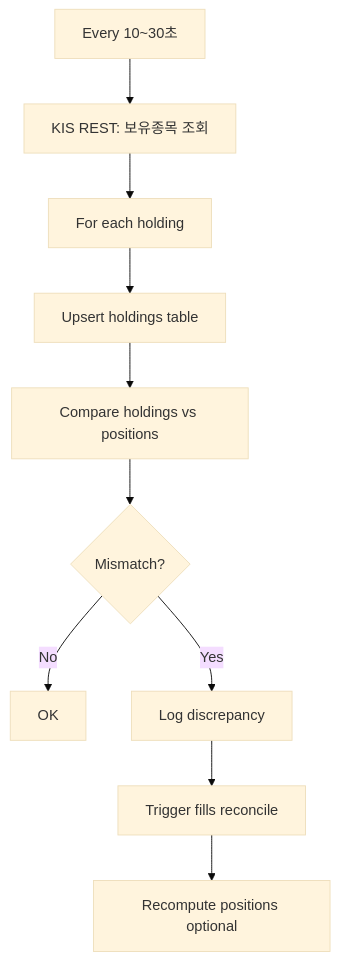
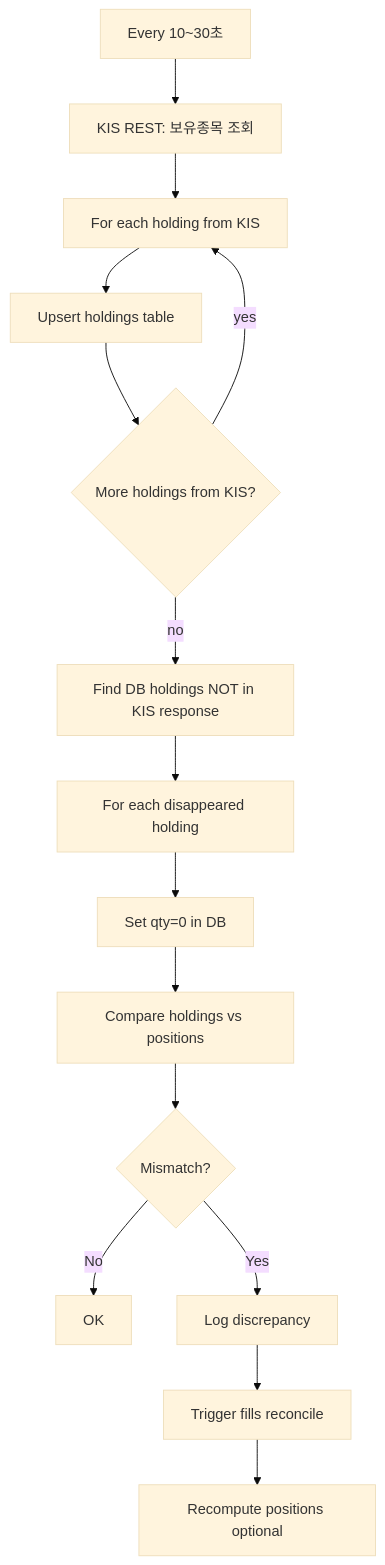
The eighth of 10 diagrams in docs/modules/execution-service.md (joungwonlim/aegis-v14), drawn with Mermaid (base theme) before and after one commit. The commit also changed other lines of this file and 2 other files, not shown here.

First line of the commit message:
fix(execution): Holdings sync - 매도 완료 종목 DB 정리 버그 수정

````diff
--- a/docs/modules/execution-service.md
+++ b/docs/modules/execution-service.md
@@ -599,12 +599,17 @@
 ```mermaid
 flowchart TD
     A[Every 10~30초] --> B[KIS REST: 보유종목 조회]
-    B --> C[For each holding]
+    B --> C[For each holding from KIS]
     C --> D[Upsert holdings table]
-    D --> E[Compare holdings vs positions]
-    E --> F{Mismatch?}
-    F -->|No| G[OK]
-    F -->|Yes| H[Log discrepancy]
-    H --> I[Trigger fills reconcile]
-    I --> J[Recompute positions optional]
+    D --> E{More holdings from KIS?}
+    E -->|yes| C
+    E -->|no| F[Find DB holdings NOT in KIS response]
+    F --> G[For each disappeared holding]
+    G --> H[Set qty=0 in DB]
+    H --> I[Compare holdings vs positions]
+    I --> J{Mismatch?}
+    J -->|No| K[OK]
+    J -->|Yes| L[Log discrepancy]
+    L --> M[Trigger fills reconcile]
+    M --> N[Recompute positions optional]
 ```
````
